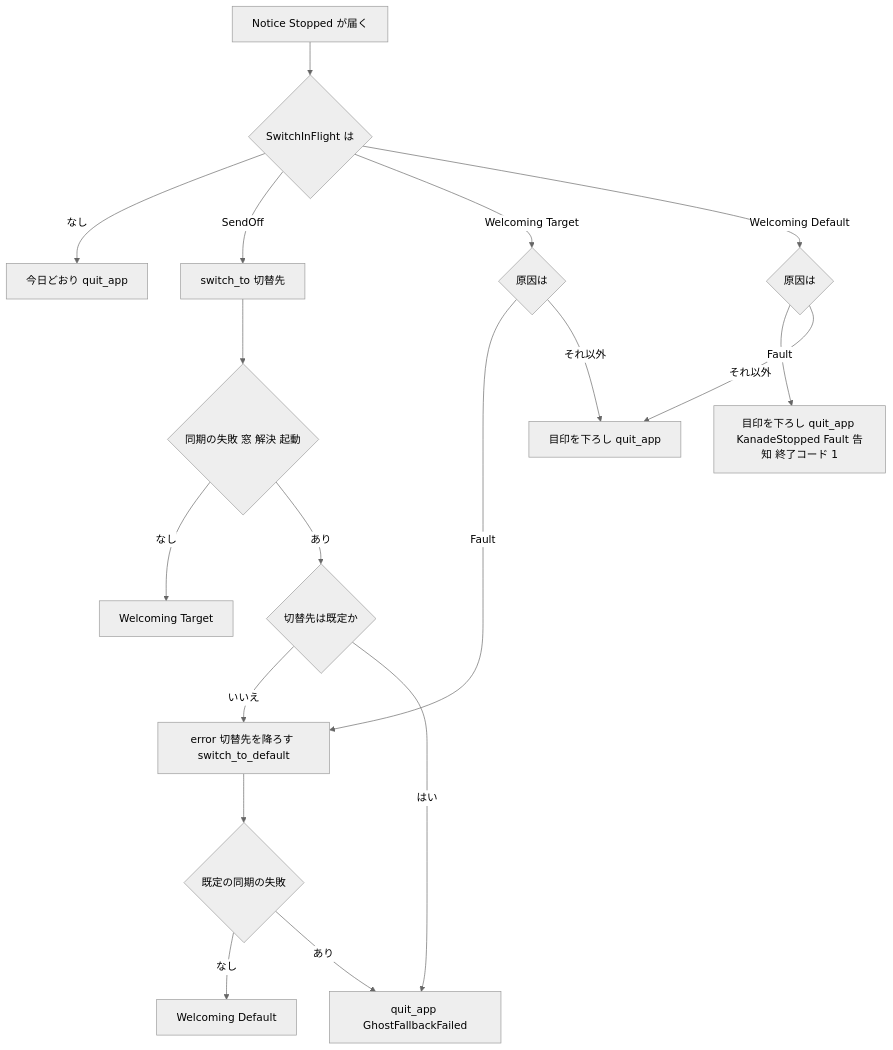
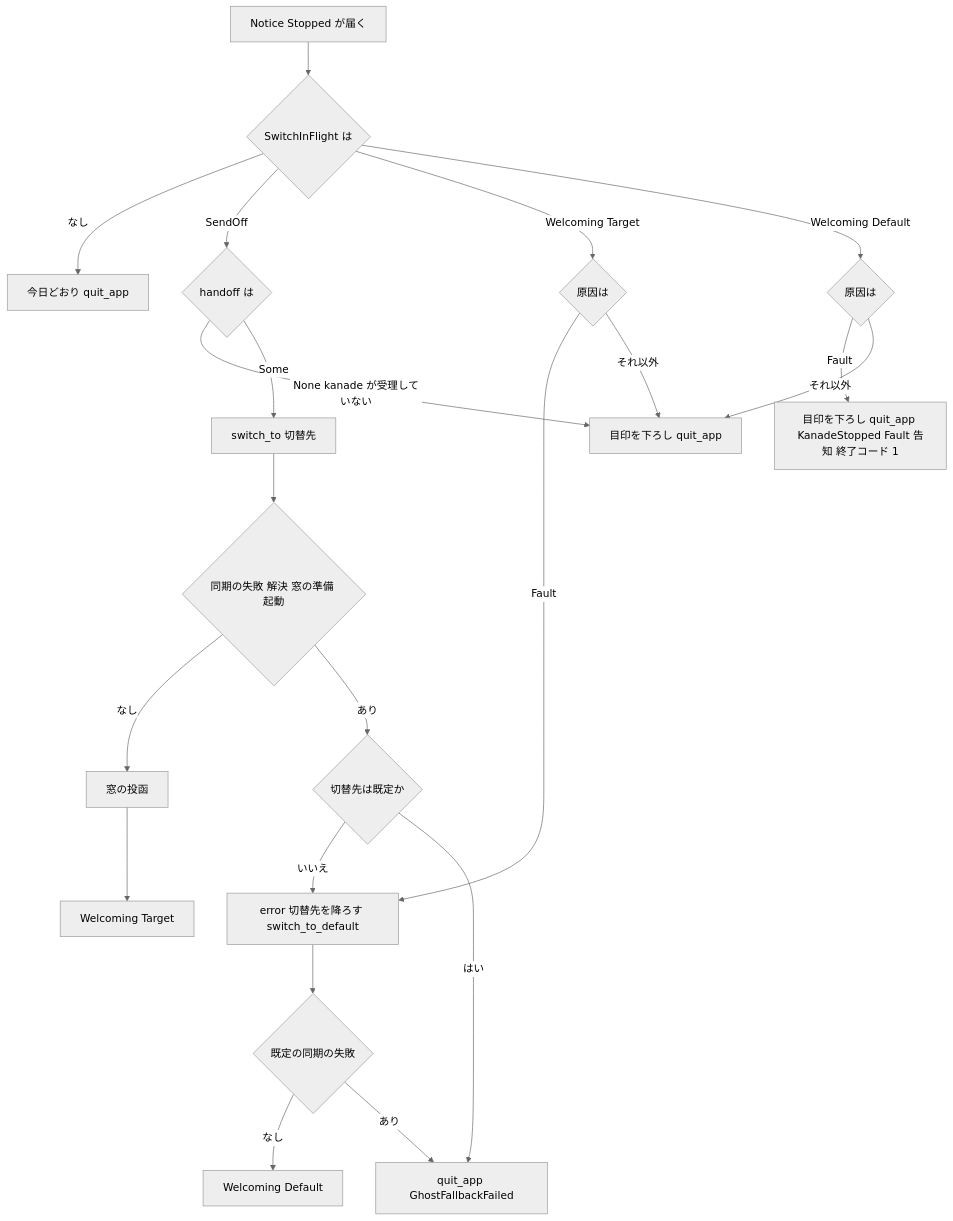
One commit to ekicyou/areka changed the fourth of 4 diagrams in .kiro/specs/areka-P0-ghost-shell-balloon-switch/design.md. Above: the diagram before and after it, drawn with Mermaid (neutral theme). The commit also changed other lines of this file and 2 other files, not shown here.

First line of the commit message:
docs(areka-P0-ghost-shell-balloon-switch): fix obvious issues in design

````diff
--- a/.kiro/specs/areka-P0-ghost-shell-balloon-switch/design.md
+++ b/.kiro/specs/areka-P0-ghost-shell-balloon-switch/design.md
@@ -276,20 +277,22 @@
 ```mermaid
 flowchart TD
     Stopped[Notice Stopped が届く] --> Marker{SwitchInFlight は}
     Marker -->|なし| Quit[今日どおり quit_app]
-    Marker -->|SendOff| SwitchTo[switch_to 切替先]
+    Marker -->|SendOff| Handoff{handoff は}
+    Handoff -->|None kanade が受理していない| QuitDrop
+    Handoff -->|Some| SwitchTo[switch_to 切替先]
     Marker -->|Welcoming Target| CauseT{原因は}
     CauseT -->|Fault| Fallback[error 切替先を降ろす switch_to_default]
     CauseT -->|それ以外| QuitDrop[目印を下ろし quit_app]
     Marker -->|Welcoming Default| CauseD{原因は}
     CauseD -->|Fault| Fatal[目印を下ろし quit_app KanadeStopped Fault 告知 終了コード 1]
     CauseD -->|それ以外| QuitDrop
-    SwitchTo --> SyncFail{同期の失敗 窓 解決 起動}
-    SyncFail -->|なし| Welcome[Welcoming Target]
+    SwitchTo --> SyncFail{同期の失敗 解決 窓の準備 起動}
+    SyncFail -->|なし| Commit[窓の投函] --> Welcome[Welcoming Target]
     SyncFail -->|あり| IsDefault{切替先は既定か}
     IsDefault -->|いいえ| Fallback
     IsDefault -->|はい| FatalSync[quit_app GhostFallbackFailed]
     Fallback --> DefaultSync{既定の同期の失敗}
     DefaultSync -->|なし| WelcomeD[Welcoming Default]
     DefaultSync -->|あり| FatalSync
 ```
````
